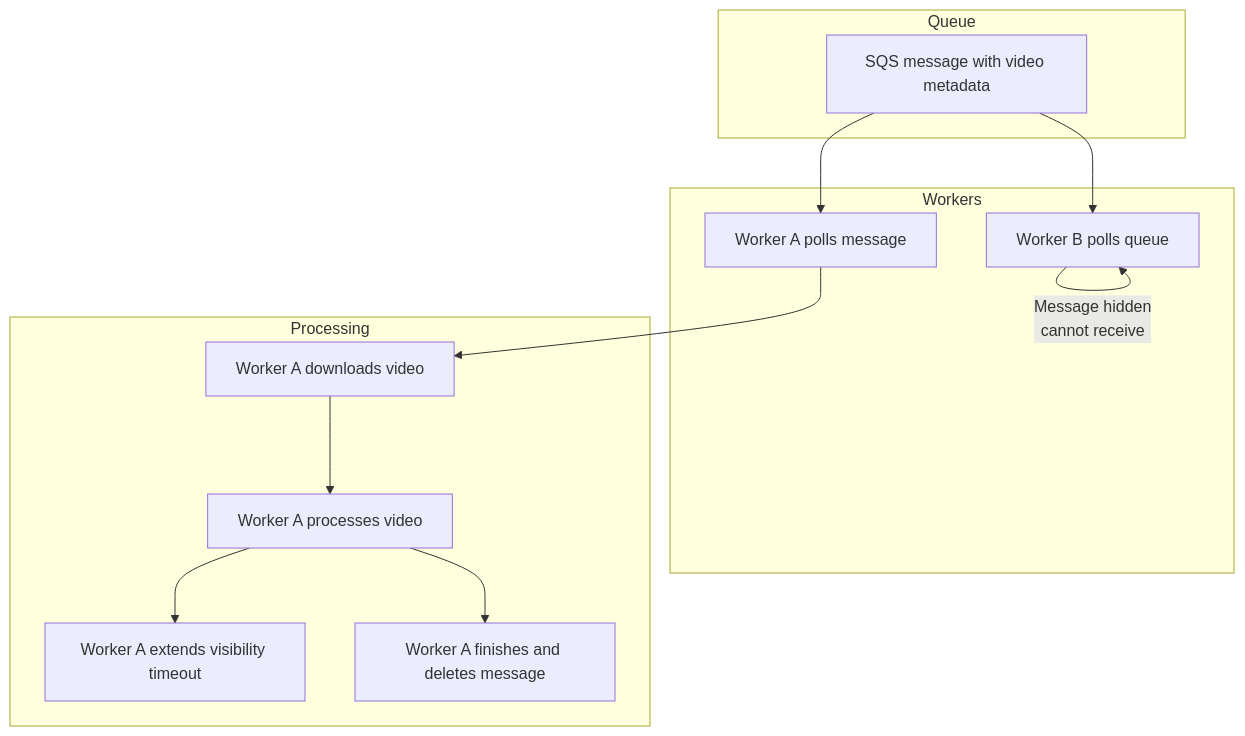
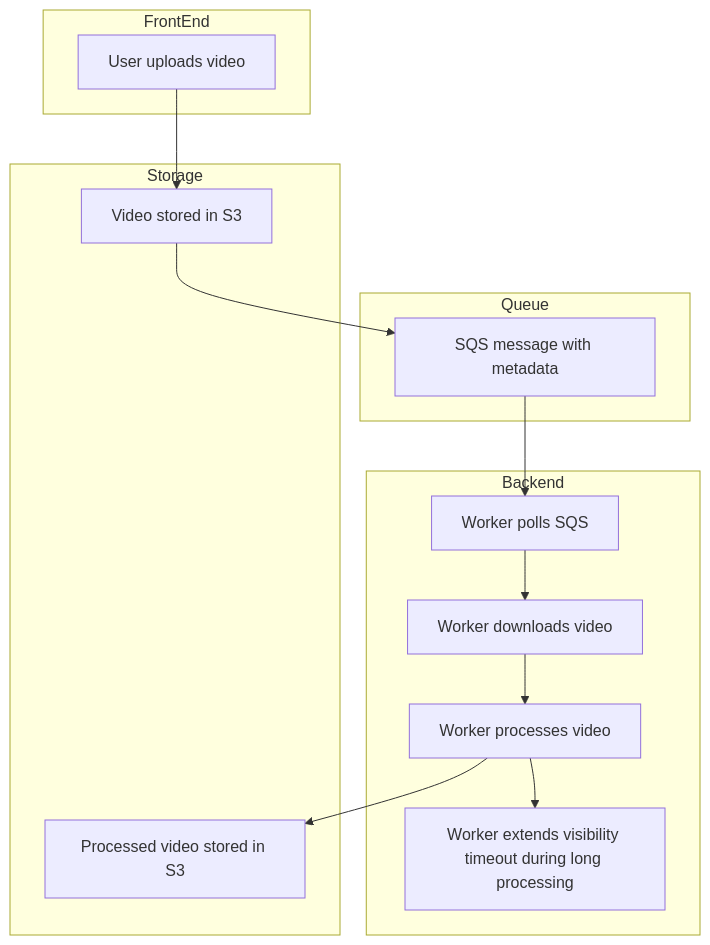
Before and after one commit to rtdevx/rtdevx.github.io: the diagram in content/posts/training/AWS/2025-aws-cloud-practitioner/16-cloud-integrations/index.md, drawn with Mermaid. The commit also changed other lines of this file, not shown here.

Commit message:
Obsidian sync: 2026-06-30 18:59:16

```diff
--- a/content/posts/training/AWS/2025-aws-cloud-practitioner/16-cloud-integrations/index.md
+++ b/content/posts/training/AWS/2025-aws-cloud-practitioner/16-cloud-integrations/index.md
@@ -120,31 +120,33 @@
 {{< mermaid >}}
 
 flowchart TD
 
-    subgraph Queue
-        Msg[SQS message with video metadata]
+    subgraph FrontEnd
+        User[User uploads video]
     end
 
-    subgraph Workers
-        W1[Worker A polls message]
-        W2[Worker B polls queue]
+    subgraph Storage
+        S3Upload[Video stored in S3]
+        S3Output[Processed video stored in S3]
     end
 
-    subgraph Processing
-        W1Download[Worker A downloads video]
-        W1Process[Worker A processes video]
-        W1Extend[Worker A extends visibility timeout]
-        W1Complete[Worker A finishes and deletes message]
+    subgraph Queue
+        SQSMsg[SQS message with metadata]
     end
 
-    Msg --> W1
-    Msg --> W2
+    subgraph Backend
+        WorkerPoll[Worker polls SQS]
+        WorkerDownload[Worker downloads video]
+        WorkerProcess[Worker processes video]
+        Visibility[Worker extends visibility timeout during long processing]
+    end
 
-    W1 --> W1Download
-    W1Download --> W1Process
-    W1Process --> W1Extend
-    W1Process --> W1Complete
-
-    W2 -->|Message hidden\ncannot receive| W2
+    User --> S3Upload
+    S3Upload --> SQSMsg
+    SQSMsg --> WorkerPoll
+    WorkerPoll --> WorkerDownload
+    WorkerDownload --> WorkerProcess
+    WorkerProcess --> Visibility
+    WorkerProcess --> S3Output
 
 {{< /mermaid >}}
```
